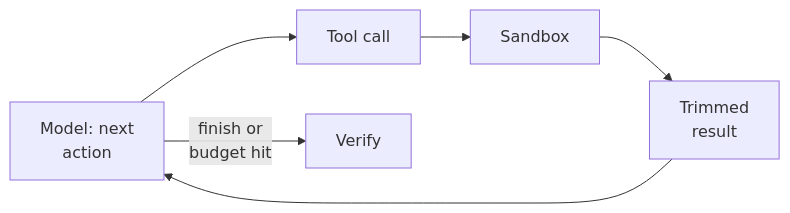
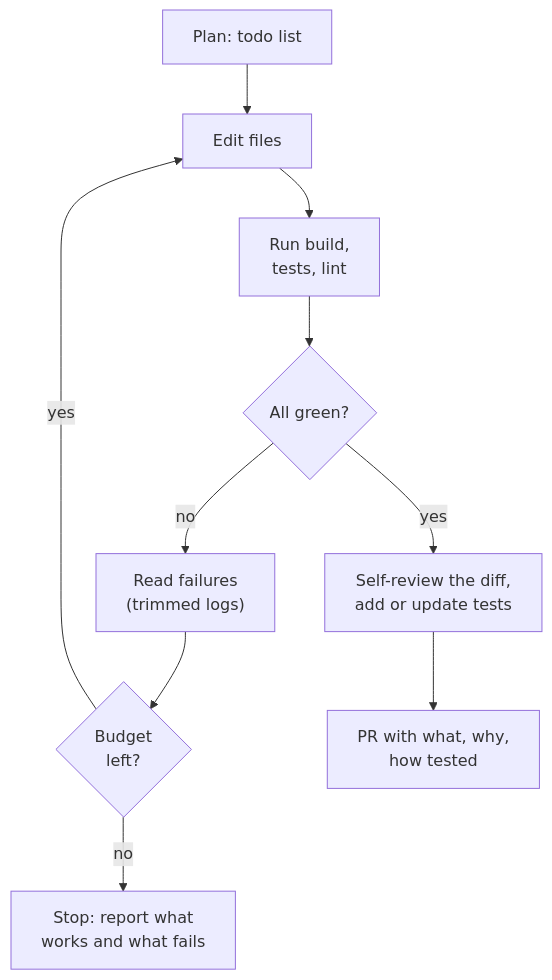
One commit to shubamchaudhary/CodeNITW changed the second of 2 diagrams in src/Data/aiStackDocs/DP-04.md. Above: the diagram before and after it, drawn with Mermaid. The commit also changed other lines of this file and 52 other files, not shown here.

````diff
--- a/src/Data/aiStackDocs/DP-04.md
+++ b/src/Data/aiStackDocs/DP-04.md
@@ -75,8 +80,12 @@
 ```mermaid
-flowchart LR
-    M["Model: next<br/>action"] --> T["Tool call"]
-    T --> SB["Sandbox"]
-    SB --> R["Trimmed<br/>result"]
-    R --> M
-    M -->|"finish or<br/>budget hit"| F["Verify"]
+flowchart TD
+    PL["Plan: todo list"] --> ED["Edit files"]
+    ED --> RN["Run build,<br/>tests, lint"]
+    RN --> OK{"All green?"}
+    OK -->|"no"| AN["Read failures<br/>(trimmed logs)"]
+    AN --> BG{"Budget<br/>left?"}
+    BG -->|"yes"| ED
+    BG -->|"no"| RP["Stop: report what<br/>works and what fails"]
+    OK -->|"yes"| SR["Self-review the diff,<br/>add or update tests"]
+    SR --> PRD["PR with what, why,<br/>how tested"]
 ```
````
